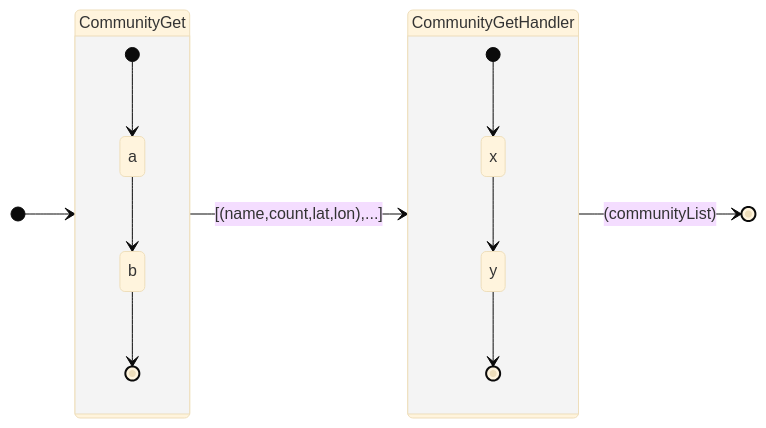
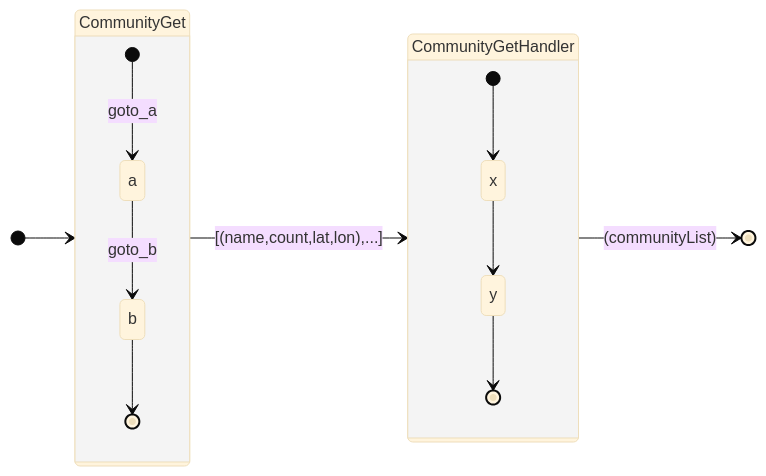
Before and after one commit to Wilfongjt/lb-A: the third of 3 diagrams in README.md, drawn with Mermaid. The commit also changed other lines of this file, not shown here.

````diff
--- a/README.md
+++ b/README.md
@@ -29,20 +69,20 @@
 ```mermaid
 %%{init: {'securityLevel': 'loose', 'theme':'base'}}%%
 stateDiagram
     direction LR
      state CommunityGet {
-     [*] --> a
-      a --> b
-      b --> [*]
+     [*] --> a : goto_a
+      a --> b : goto_b
+      b --> [*] : 
     }
     state CommunityGetHandler {
       [*] --> x
       x --> y
       y --> [*]
     }
     [*] --> CommunityGet 
         CommunityGet --> CommunityGetHandler : [(name,count,lat,lon),...]
         CommunityGetHandler --> [*] : (communityList)
         
         
 ```
````
